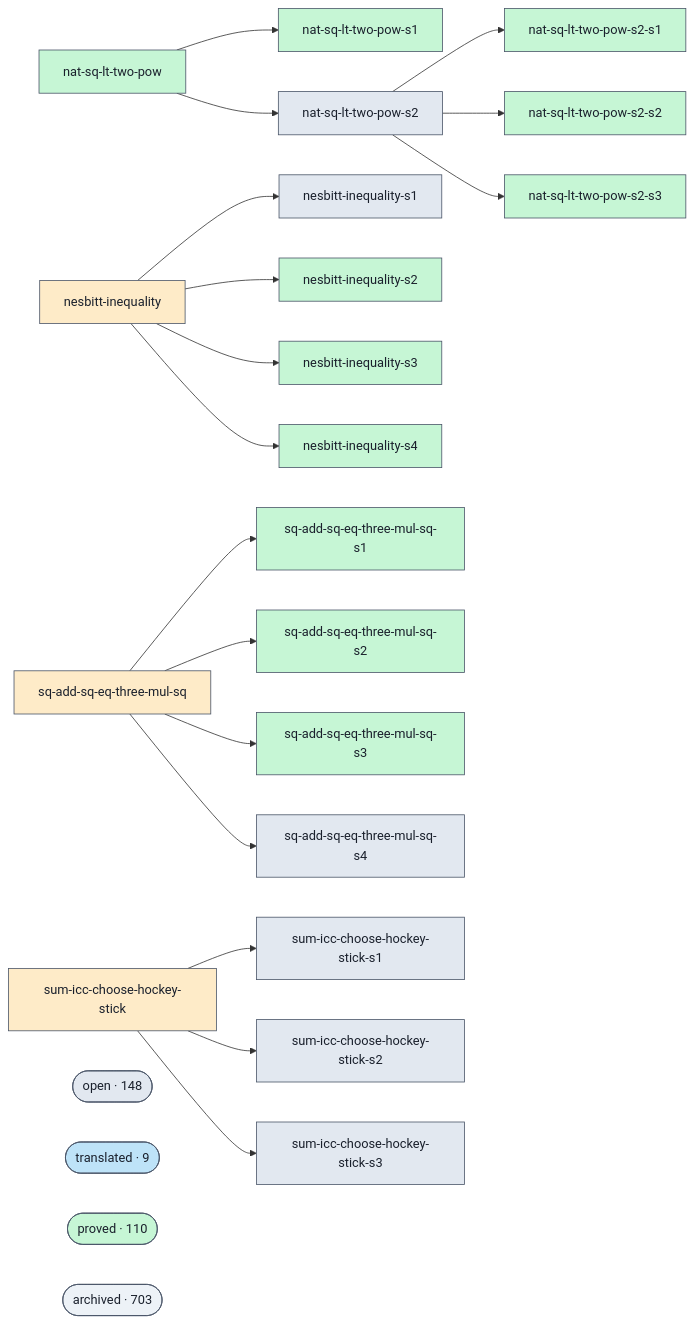
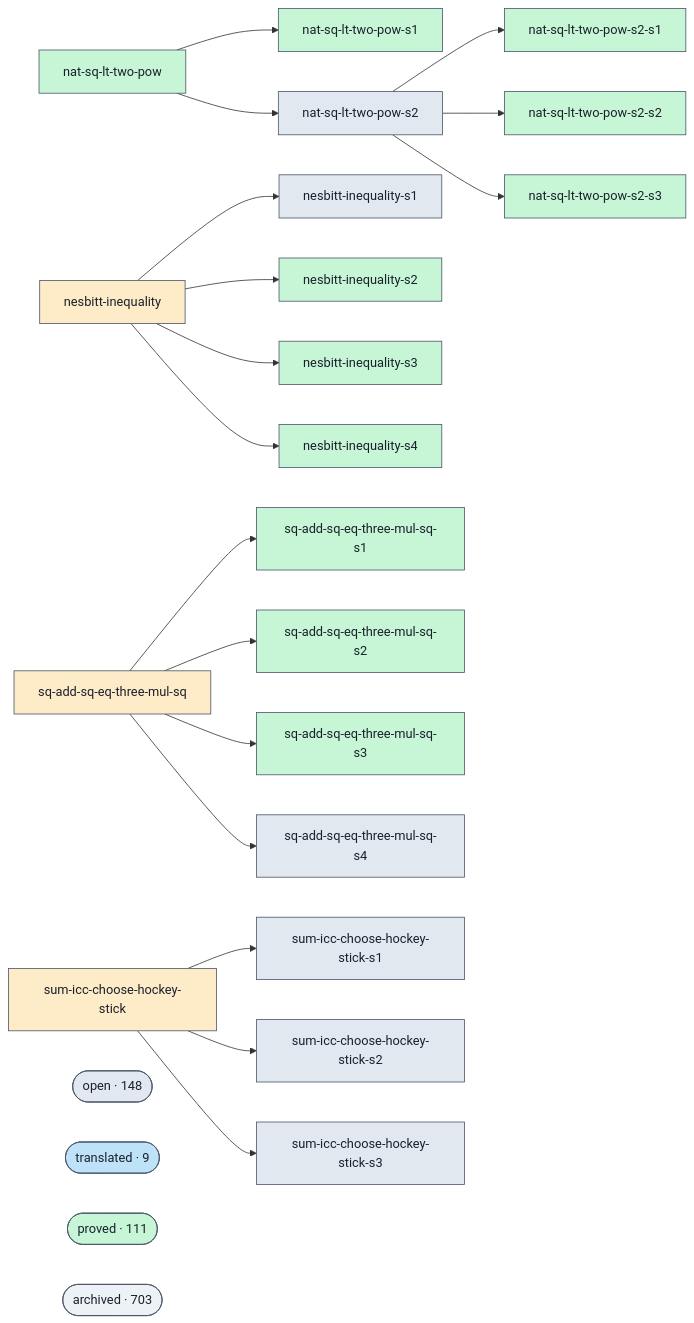
The diagram in docs/proofs-contributors-visualisation.md (ohdearquant/unsorry), drawn with Mermaid before and after one commit. The commit also changed other lines of this file and 2 other files, not shown here.

```diff
--- a/docs/proofs-contributors-visualisation.md
+++ b/docs/proofs-contributors-visualisation.md
@@ -102,7 +102,7 @@
   class cluster_open open;
   cluster_translated(["translated · 9"])
   class cluster_translated translated;
-  cluster_proved(["proved · 110"])
+  cluster_proved(["proved · 111"])
   class cluster_proved proved;
   cluster_archived(["archived · 703"])
   class cluster_archived unknown;
```
